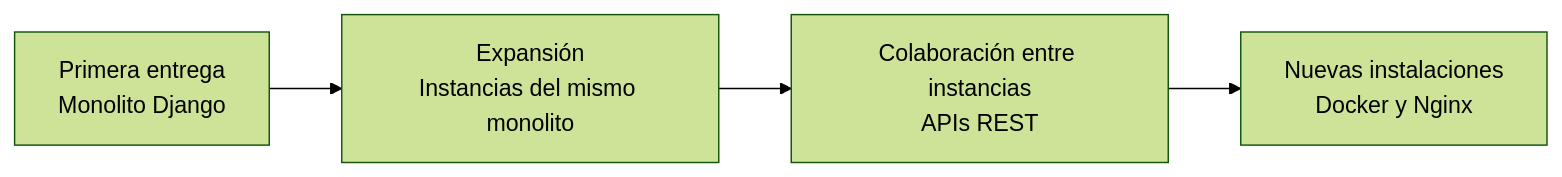
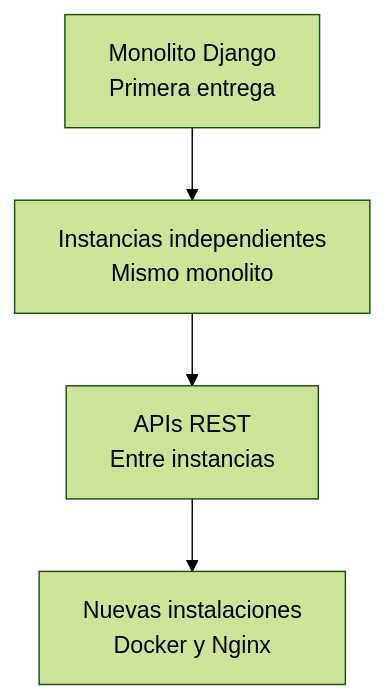
The diagram in case-study-logix.md (jotaprogramming/Portfolio), drawn with Mermaid (forest theme) before and after one commit.

Commit message:
Mejorar orientación del diagrama de LogiX para móvil

````diff
--- a/case-study-logix.md
+++ b/case-study-logix.md
@@ -188,6 +188,6 @@
 ```mermaid
-flowchart LR
-    A["Primera entrega<br/>Monolito Django"] --> B["Expansión<br/>Instancias del mismo monolito"]
-    B --> C["Colaboración entre instancias<br/>APIs REST"]
+flowchart TB
+    A["Monolito Django<br/>Primera entrega"] --> B["Instancias independientes<br/>Mismo monolito"]
+    B --> C["APIs REST<br/>Entre instancias"]
     C --> D["Nuevas instalaciones<br/>Docker y Nginx"]
 ```
````
